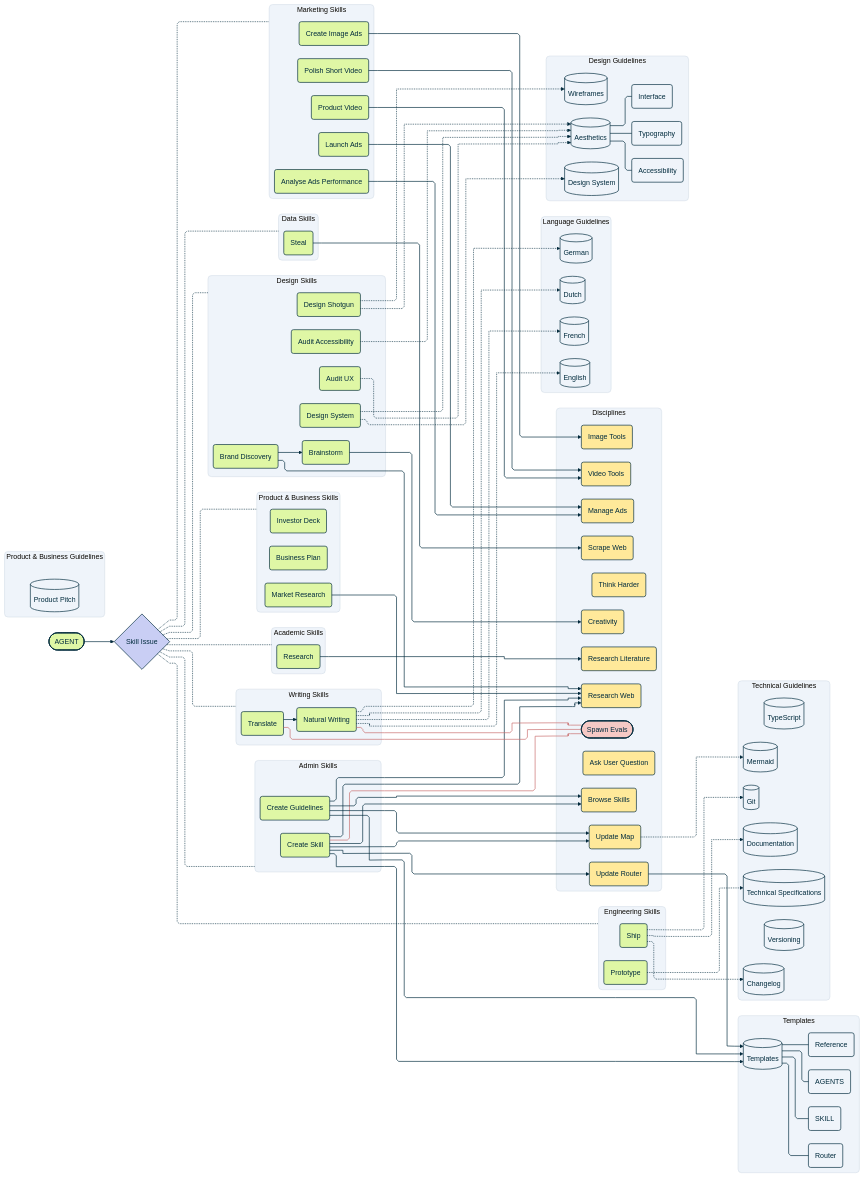
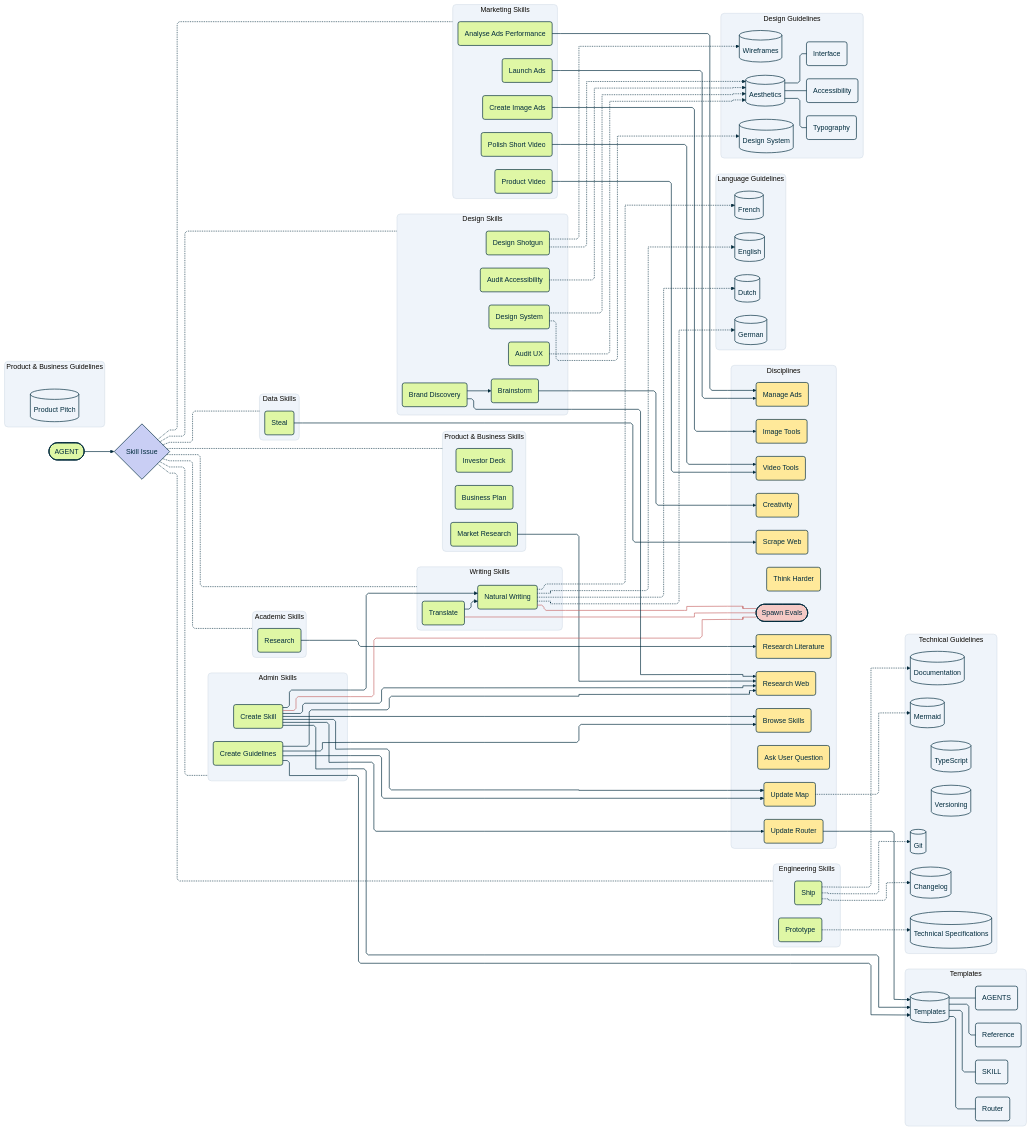
One commit to josuamittels/agent-stack changed the diagram in map.mmd. Above: the diagram before and after it, drawn with Mermaid. The commit also changed 2 other files, not shown here.

```diff
--- a/map.mmd
+++ b/map.mmd
@@ -1,199 +1,200 @@
 ---
 config:
   look: classic
   layout: elk
   elk:
     considerModelOrder: NONE
     forceNodeModelOrder: false
     mergeEdges: false
     nodePlacementStrategy: NETWORK_SIMPLEX
   flowchart:
     curve: linear
 ---
 %%{init: {"theme": "base", "themeVariables": {"background": "transparent", "clusterBkg": "#EFF4FA", "clusterBorder": "#CBD5E1", "edgeLabelBackground": "transparent", "primaryTextColor": "#002B3D", "lineColor": "#002B3D", "fontFamily": "Fira Code, monospace"}}}%%
 %% Agent is the sole entry point. Green rounded rectangles: skills.
 %% Skill Issue is a decision diamond. Spawn Evals has a coral end node and muted red validation connections without arrowheads.
 %% Yellow rounded rectangles: disciplines. Incoming guideline arrows are dashed; internal guideline connections are plain solid lines.
 %% Think Harder and Ask User Question run by default and have no relationship lines.
 %% Skills that invoke Spawn Evals for validation show a solid line to that discipline.
 %% Gray cylinders: knowledge stores. Gray rounded documents: individual files.
 %% Subgraphs group resources. Connections show organization or source references.
 %% Flow determines columns; prefer short, direct routes with few crossings and bends.
 flowchart LR
     skill_issue{"Skill Issue"}
     stack(["AGENT"])
     stack --> skill_issue
 
     subgraph admin_skills [Admin Skills]
         create_skill("Create Skill")
         create_guidelines("Create Guidelines")
     end
 
     subgraph writing_skills [Writing Skills]
         natural_writing("Natural Writing")
         translate("Translate")
 
     end
 
     subgraph academic_skills [Academic Skills]
         research("Research")
     end
 
     subgraph product_skills [Product & Business Skills]
 		market_research("Market Research")
         business_plan("Business Plan")
         investor_deck("Investor Deck")
     end
 
 	subgraph design_skills [Design Skills]
         audit_accessibility("Audit Accessibility")
         brand_discovery("Brand Discovery")
         audit_ux("Audit UX")
         design_shotgun("Design Shotgun")
         design_system("Design System")
         brainstorm("Brainstorm")
 
     end
 
     subgraph engineering_skills [Engineering Skills]
         prototype("Prototype")
         ship("Ship")
 
     end
 
 	subgraph data_skills [Data Skills]
         steal("Steal")
     end
 
     subgraph marketing_skills [Marketing Skills]
         create_image_ads("Create Image Ads")
         polish_video("Polish Short Video")
         product_video("Product Video")
         launch_ads("Launch Ads")
         analyse_ads("Analyse Ads Performance")
 
     end
 
     skill_issue -.- admin_skills
     skill_issue -.- writing_skills
     skill_issue -.- academic_skills
     skill_issue -.- marketing_skills
     skill_issue -.- product_skills
     skill_issue -.- design_skills
     skill_issue -.- engineering_skills
     skill_issue -.- data_skills
     subgraph discipline_map [Disciplines]
         spawn_evals(["Spawn Evals"])
         ask_user_question("Ask User Question")
         think_harder("Think Harder")
         browse_skills("Browse Skills")
         update_map("Update Map")
         update_router("Update Router")
         research_web("Research Web")
         research_literature("Research Literature")
         scrape_web("Scrape Web")
         manage_ads("Manage Ads")
         image_tools("Image Tools")
         video_tools("Video Tools")
         creativity("Creativity")
     end
 
     research --> research_literature
     steal --> scrape_web
     market_research --> research_web
     launch_ads --> manage_ads
     analyse_ads --> manage_ads
     product_video --> video_tools
     polish_video --> video_tools
     create_image_ads --> image_tools
     brainstorm --> creativity
 
     subgraph template_files [Templates]
         templates[("Templates")]
         templates --- template_skill("SKILL")
         templates --- template_ref("Reference")
         templates --- router_ref("Router")
         templates --- agents_template("AGENTS")
     end
 
     subgraph language_guides [Language Guidelines]
         english[("English")]
         german[("German")]
         dutch[("Dutch")]
         french[("French")]
     end
 
     subgraph product_biz_guides [Product & Business Guidelines]
         product_pitch[("Product Pitch")]
     end
 
     subgraph design_guides [Design Guidelines]
         aesthetics[("Aesthetics")]
         design_system_guide[("Design System")]
         wireframes[("Wireframes")]
         aesthetics --- interface("Interface")
         aesthetics --- typography("Typography")
         aesthetics --- accessibility("Accessibility")
     end
 
     subgraph tech_guides [Technical Guidelines]
         docs[("Documentation")]
         changelog[("Changelog")]
         git[("Git")]
         versioning[("Versioning")]
         tech_spec[("Technical Specifications")]
         ts[("TypeScript")]
         mermaid[("Mermaid")]
     end
 
     create_skill --> templates
+    create_skill --> natural_writing
     create_skill --> research_web
     create_skill --> browse_skills
     create_skill --> update_map
     create_skill eval_create_skill@--- spawn_evals
     create_skill --> update_router
     update_router --> templates
     create_guidelines --> templates
     create_guidelines --> research_web
     create_guidelines --> browse_skills
     create_guidelines --> update_map
     update_map -.-> mermaid
     translate --> natural_writing
     translate eval_translate@--- spawn_evals
     natural_writing eval_natural_writing@--- spawn_evals
     natural_writing -.-> english
     natural_writing -.-> dutch
     natural_writing -.-> french
     natural_writing -.-> german
     design_shotgun -.-> wireframes
     design_shotgun -.-> aesthetics
     design_system -.-> design_system_guide
     design_system -.-> aesthetics
     audit_ux -.-> aesthetics
     audit_accessibility -.-> aesthetics
     brand_discovery --> brainstorm
     brand_discovery --> research_web
     ship -.-> git
     ship -.-> changelog
     ship -.-> docs
     prototype -.-> tech_spec
 
     classDef entry fill:#DFF7A5,stroke:#002B3D,color:#002B3D,stroke-width:2px
     classDef skill fill:#DFF7A5,stroke:#002B3D,color:#002B3D,stroke-width:1.5px
     classDef method fill:#FFE99A,stroke:#002B3D,color:#002B3D,stroke-width:1.5px
     classDef decision fill:#C9CEF4,stroke:#002B3D,color:#002B3D,stroke-width:1.5px
     classDef evaluation_link stroke:#C96B6B,stroke-width:2px,color:#C96B6B
     classDef evaluation fill:#F5C9C5,stroke:#002B3D,color:#002B3D,stroke-width:2px
     classDef knowledge fill:#EFF4FA,stroke:#002B3D,color:#002B3D,stroke-width:1.5px
     classDef document fill:#EFF4FA,stroke:#002B3D,color:#002B3D,stroke-width:1.5px
     classDef section rx:8px,ry:8px
     class ask_user_question,think_harder,browse_skills,update_map,update_router,research_web,scrape_web,research_literature,manage_ads,creativity,image_tools,video_tools method;
     class skill_issue decision
     class eval_create_skill,eval_translate,eval_natural_writing evaluation_link
     class spawn_evals evaluation
     class stack entry
     class natural_writing,create_guidelines,research,translate,analyse_ads,audit_accessibility,audit_ux,brainstorm,brand_discovery,business_plan,create_image_ads,create_skill,design_shotgun,design_system,investor_deck,launch_ads,market_research,polish_video,product_video,prototype,ship,steal skill
     class aesthetics,changelog,design_system_guide,docs,dutch,english,french,german,git,versioning,mermaid,product_pitch,tech_spec,templates,ts,wireframes knowledge;
     class interface,typography,accessibility,template_skill,template_ref,router_ref,agents_template document;
     class design_guides,product_biz_guides,tech_guides,template_files,admin_skills,language_guides,academic_skills,data_skills,design_skills,marketing_skills,product_skills,writing_skills,video_skills,engineering_skills,discipline_map,guide_map section
     linkStyle default stroke-width:1.5px,color:#002B3D
```
